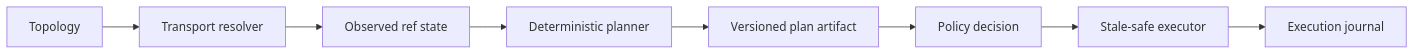
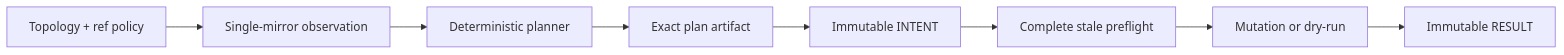
Before and after one commit to hackelia-micrantha/repora: the second of 2 diagrams in README.md, drawn with Mermaid. The commit also changed other lines of this file, not shown here.

Commit message:
Refresh implemented capabilities and roadmap

````diff
--- a/README.md
+++ b/README.md
@@ -82,10 +75,10 @@
 ```mermaid
 flowchart LR
-    Topology[Topology] --> Resolver[Transport resolver]
-    Resolver --> Observe[Observed ref state]
+    Topology[Topology + ref policy] --> Observe[Single-mirror observation]
     Observe --> Planner[Deterministic planner]
-    Planner --> Artifact[Versioned plan artifact]
-    Artifact --> Policy[Policy decision]
-    Policy --> Executor[Stale-safe executor]
-    Executor --> Journal[Execution journal]
+    Planner --> Artifact[Exact plan artifact]
+    Artifact --> Intent[Immutable INTENT]
+    Intent --> Preflight[Complete stale preflight]
+    Preflight --> Executor[Mutation or dry-run]
+    Executor --> Result[Immutable RESULT]
 ```
````
